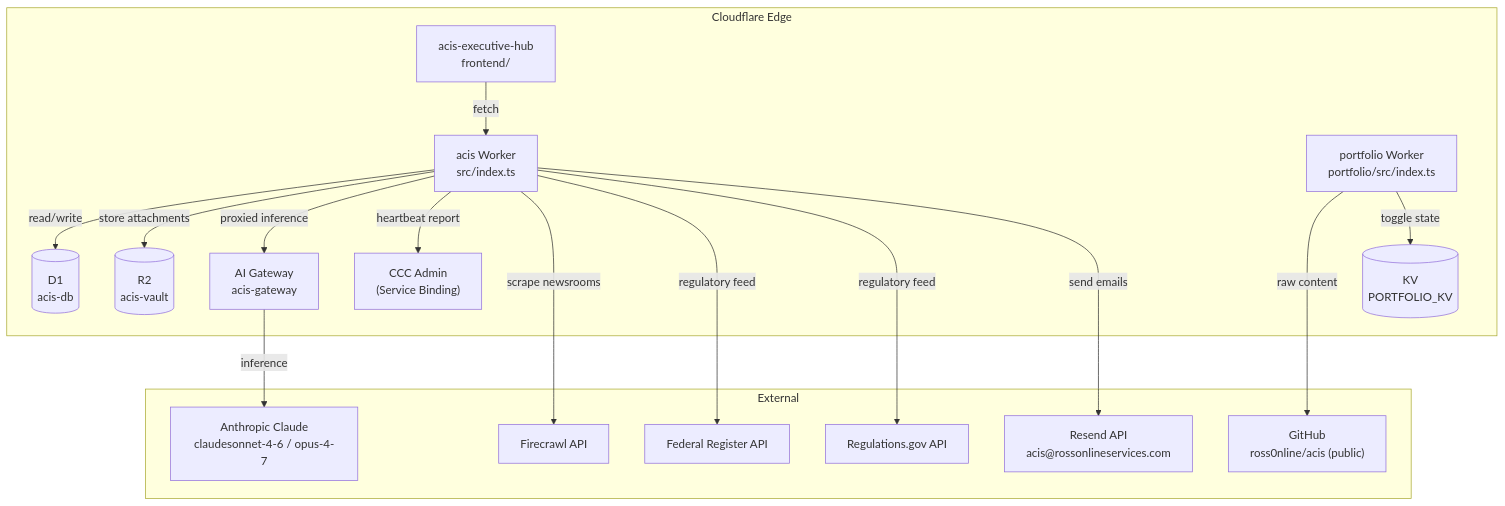
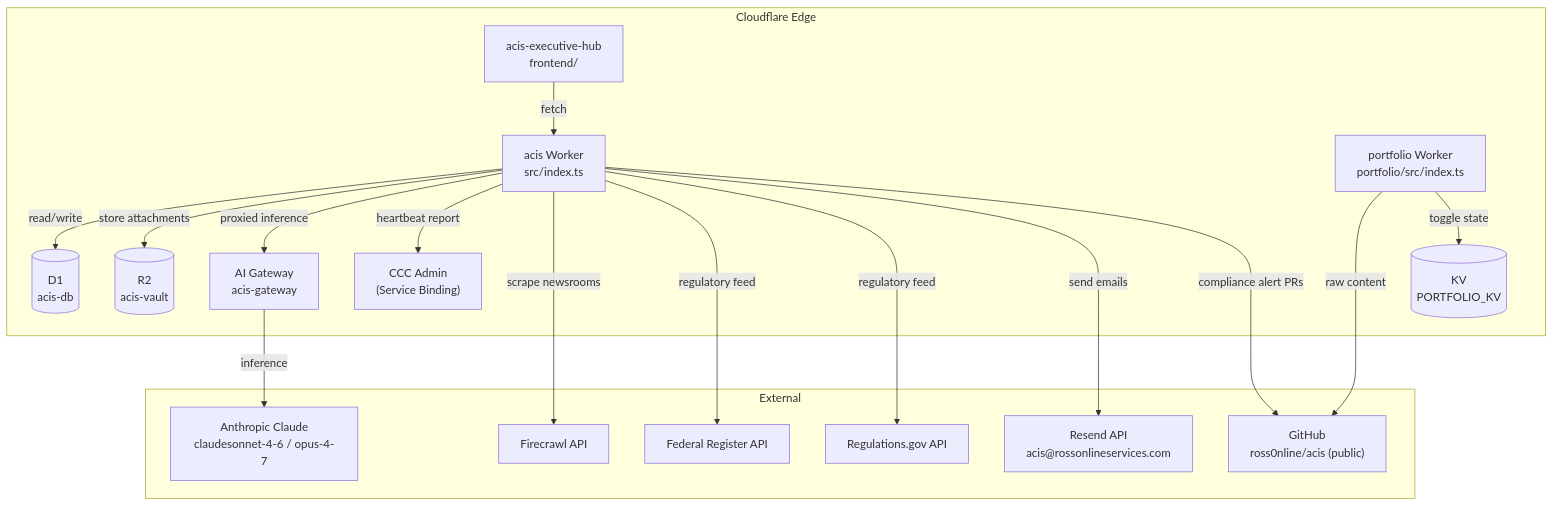
Before and after one commit to ross0nline/acis: the diagram in IMPACT.md, drawn with Mermaid. The commit also changed other lines of this file and 4 other files, not shown here.

````diff
--- a/IMPACT.md
+++ b/IMPACT.md
@@ -7,35 +7,36 @@
 ```mermaid
 flowchart TD
   subgraph Cloudflare["Cloudflare Edge"]
     Worker["acis Worker\nsrc/index.ts"]
     Pages["acis-executive-hub\nfrontend/"]
     Portfolio["portfolio Worker\nportfolio/src/index.ts"]
     D1[("D1\nacis-db")]
     KV_P[("KV\nPORTFOLIO_KV")]
     R2[("R2\nacis-vault")]
     AI_GW["AI Gateway\nacis-gateway"]
     CCC["CCC Admin\n(Service Binding)"]
   end
 
   subgraph External["External"]
     Anthropic["Anthropic Claude\nclaudesonnet-4-6 / opus-4-7"]
     Firecrawl["Firecrawl API"]
     FedReg["Federal Register API"]
     RegGov["Regulations.gov API"]
     Resend["Resend API\nacis@rossonlineservices.com"]
     GitHub["GitHub\nross0nline/acis (public)"]
   end
 
   Pages -->|fetch| Worker
   Worker -->|read/write| D1
   Worker -->|store attachments| R2
   Worker -->|proxied inference| AI_GW
   Worker -->|heartbeat report| CCC
   AI_GW -->|inference| Anthropic
   Worker -->|scrape newsrooms| Firecrawl
   Worker -->|regulatory feed| FedReg
   Worker -->|regulatory feed| RegGov
   Worker -->|send emails| Resend
+  Worker -->|compliance alert PRs| GitHub
   Portfolio -->|raw content| GitHub
   Portfolio -->|toggle state| KV_P
 ```
````
